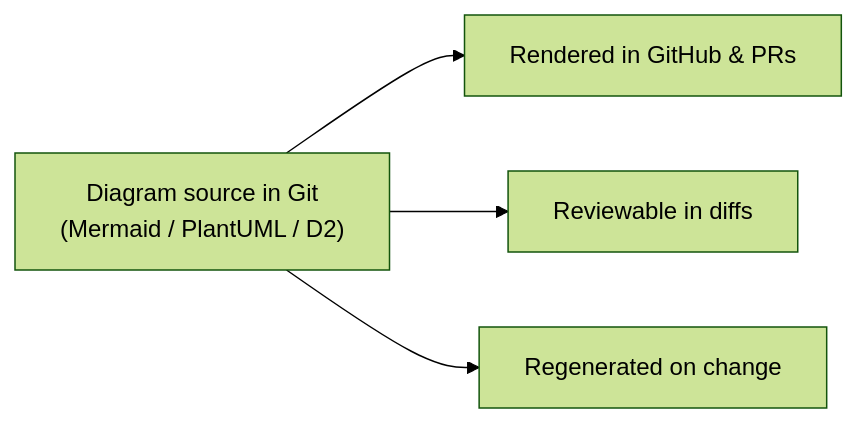
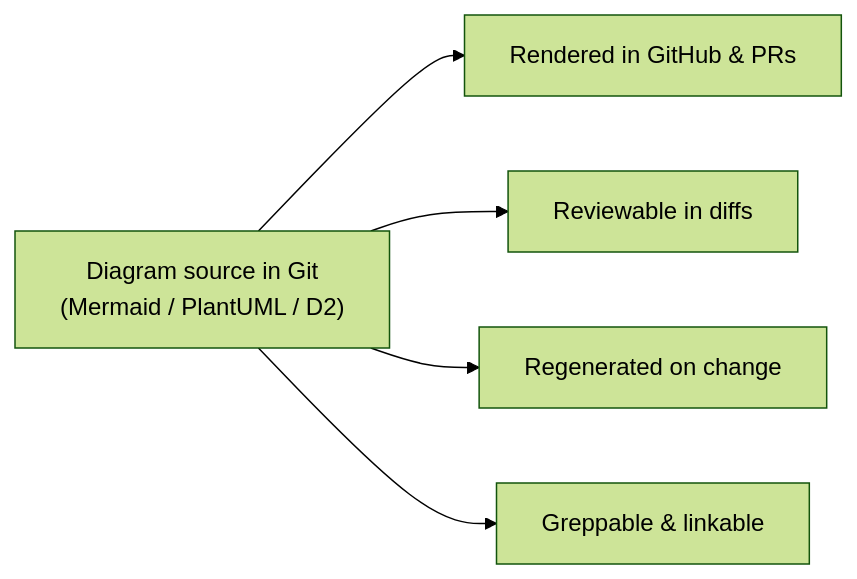
The first of 2 diagrams in docs/diagrams/README.md (markdconnelly/ImperionCRM), drawn with Mermaid (forest theme) before and after one commit. The commit also changed other lines of this file and 7 other files, not shown here.

````diff
--- a/docs/diagrams/README.md
+++ b/docs/diagrams/README.md
@@ -10,6 +16,7 @@
 ```mermaid
 flowchart LR
     SRC["Diagram source in Git<br/>(Mermaid / PlantUML / D2)"] --> RENDER["Rendered in GitHub &amp; PRs"]
     SRC --> DIFF["Reviewable in diffs"]
     SRC --> REGEN["Regenerated on change"]
+    SRC --> SEARCH["Greppable &amp; linkable"]
 ```
````
